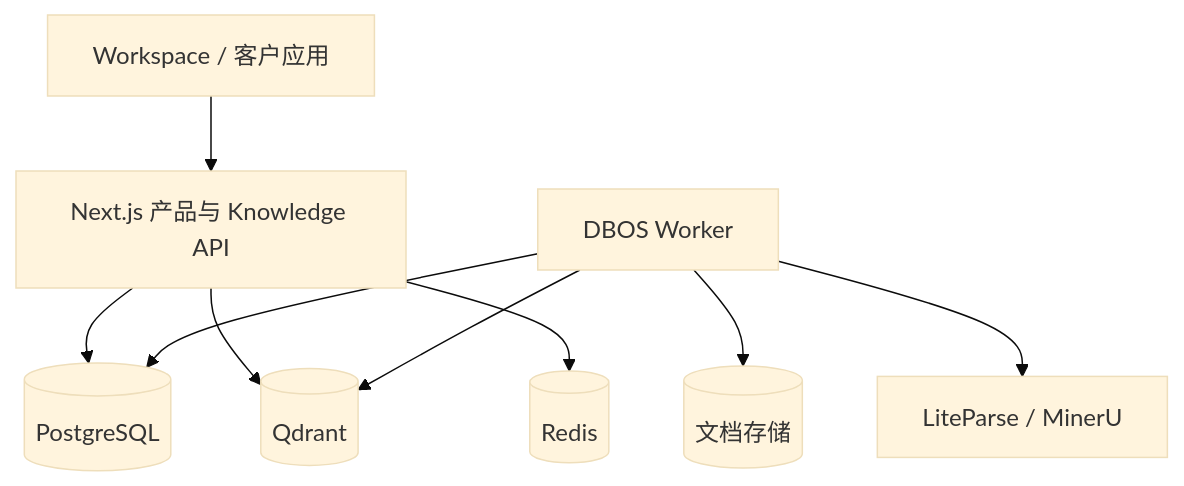
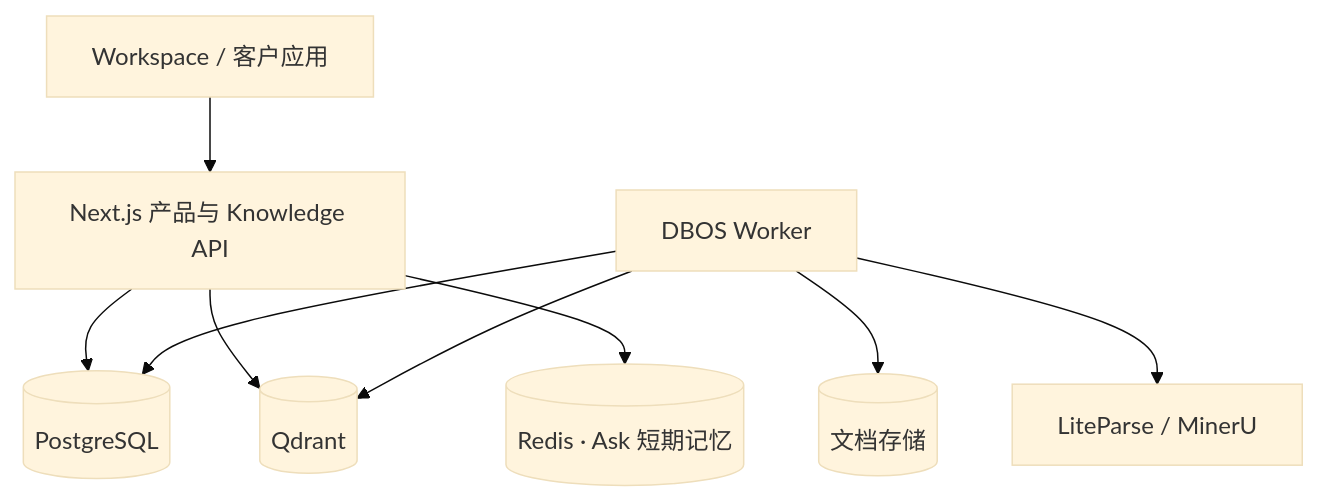
One commit to codexlin/UnoRAG changed the second of 2 diagrams in README.zh-CN.md. Above: the diagram before and after it, drawn with Mermaid (base theme). The commit also changed other lines of this file and 4 other files, not shown here.

````diff
--- a/README.zh-CN.md
+++ b/README.zh-CN.md
@@ -103,11 +107,11 @@
 ```mermaid
 flowchart TB
     Users["Workspace / 客户应用"] --> Web["Next.js 产品与 Knowledge API"]
     Web --> PG[("PostgreSQL")]
     Web --> QD[("Qdrant")]
-    Web --> Redis[("Redis")]
+    Web --> Redis[("Redis · Ask 短期记忆")]
     Worker["DBOS Worker"] --> PG
     Worker --> QD
     Worker --> Files[("文档存储")]
     Worker --> Parser["LiteParse / MinerU"]
 ```
````
